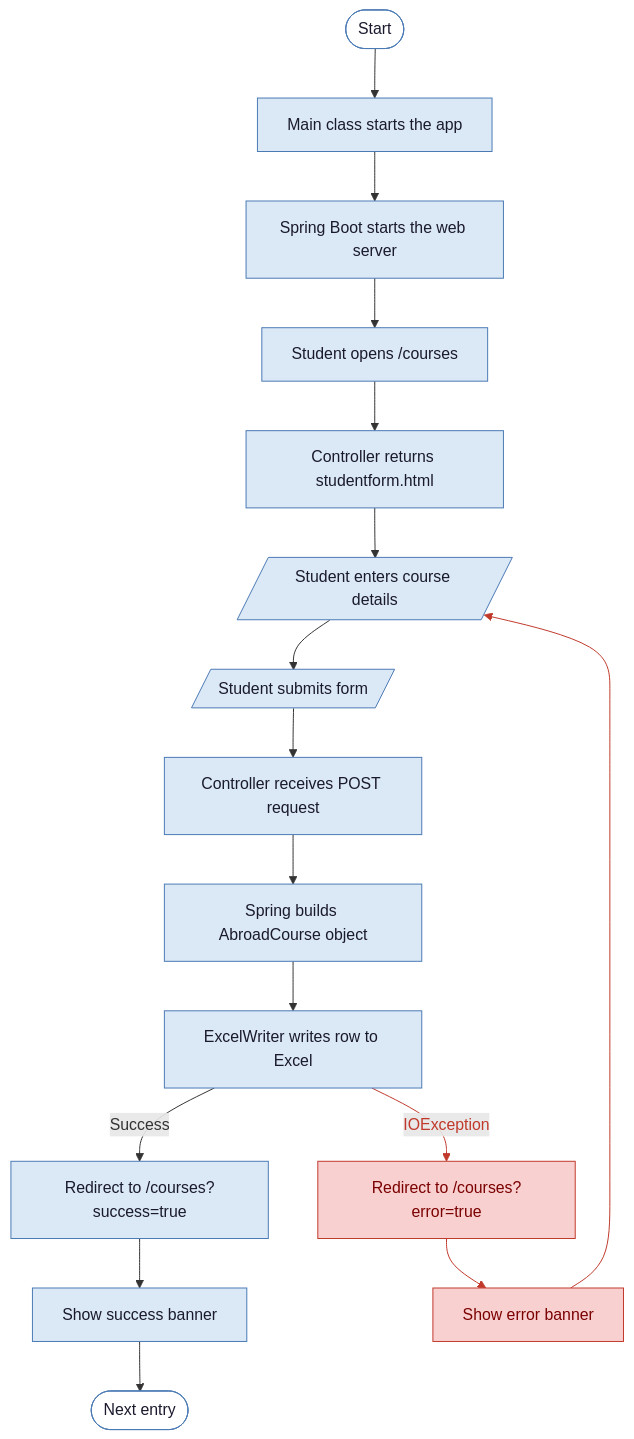
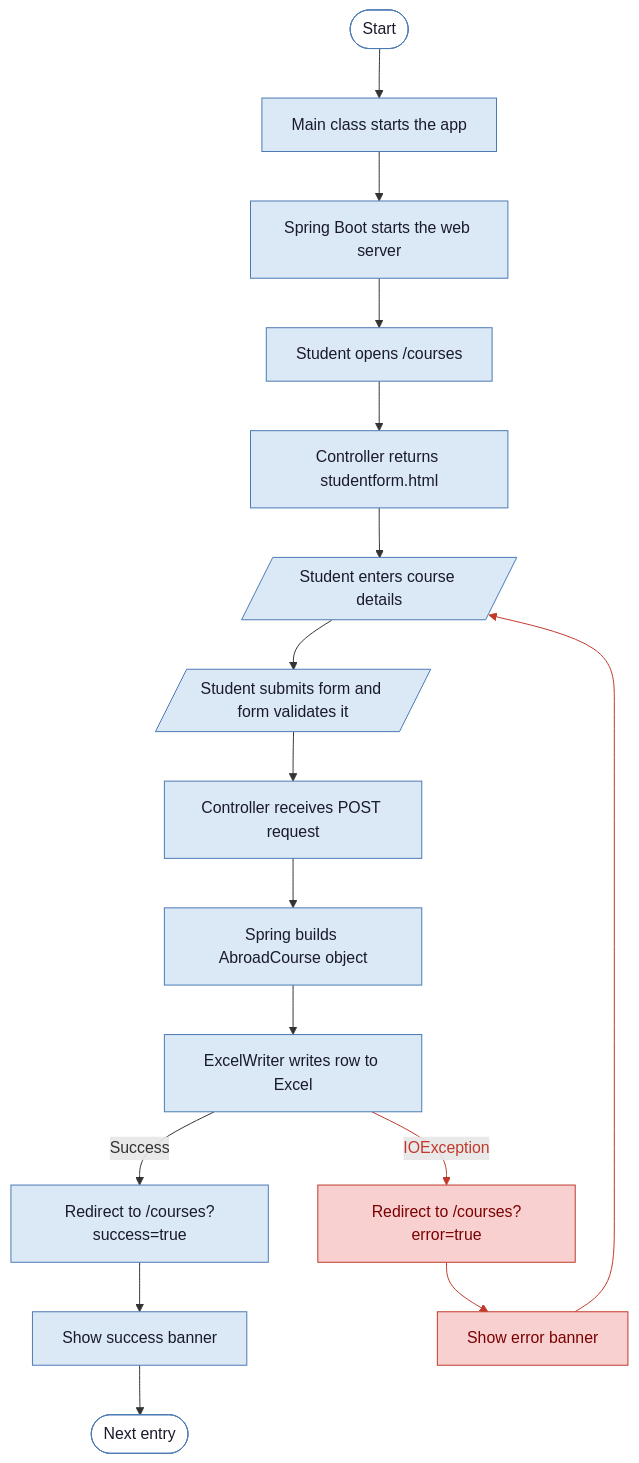
Before and after one commit to nickguber/java-course-2026: the diagram in README.md, drawn with Mermaid. The commit also changed other lines of this file, not shown here.

````diff
--- a/README.md
+++ b/README.md
@@ -102,27 +106,27 @@
 ```mermaid
 flowchart TD
     classDef main fill:#dbe8f5,stroke:#4a7ab5,color:#1a1a2e
     classDef terminal fill:#ffffff,stroke:#4a7ab5,color:#1a1a2e
     classDef error fill:#f9d0d0,stroke:#c0392b,color:#7b0000
 
     A([Start]) --> B[Main class starts the app]
     B --> C[Spring Boot starts the web server]
     C --> D[Student opens /courses]
     D --> E[Controller returns studentform.html]
     E --> F[/Student enters course details/]
-    F --> G[/Student submits form/]
+    F --> G[/Student submits form and form validates it/]
     G --> H[Controller receives POST request]
     H --> I[Spring builds AbroadCourse object]
     I --> J[ExcelWriter writes row to Excel]
     J -->|Success| K[Redirect to /courses?success=true]
     K --> L[Show success banner]
     L --> M([Next entry])
     J -->|IOException| N[Redirect to /courses?error=true]
     N --> O[Show error banner]
     O --> F
 
     class A,M terminal
     class B,C,D,E,F,G,H,I,J,K,L main
     class N,O error
     linkStyle 12,13,14 stroke:#c0392b,color:#c0392b
 ```
````
